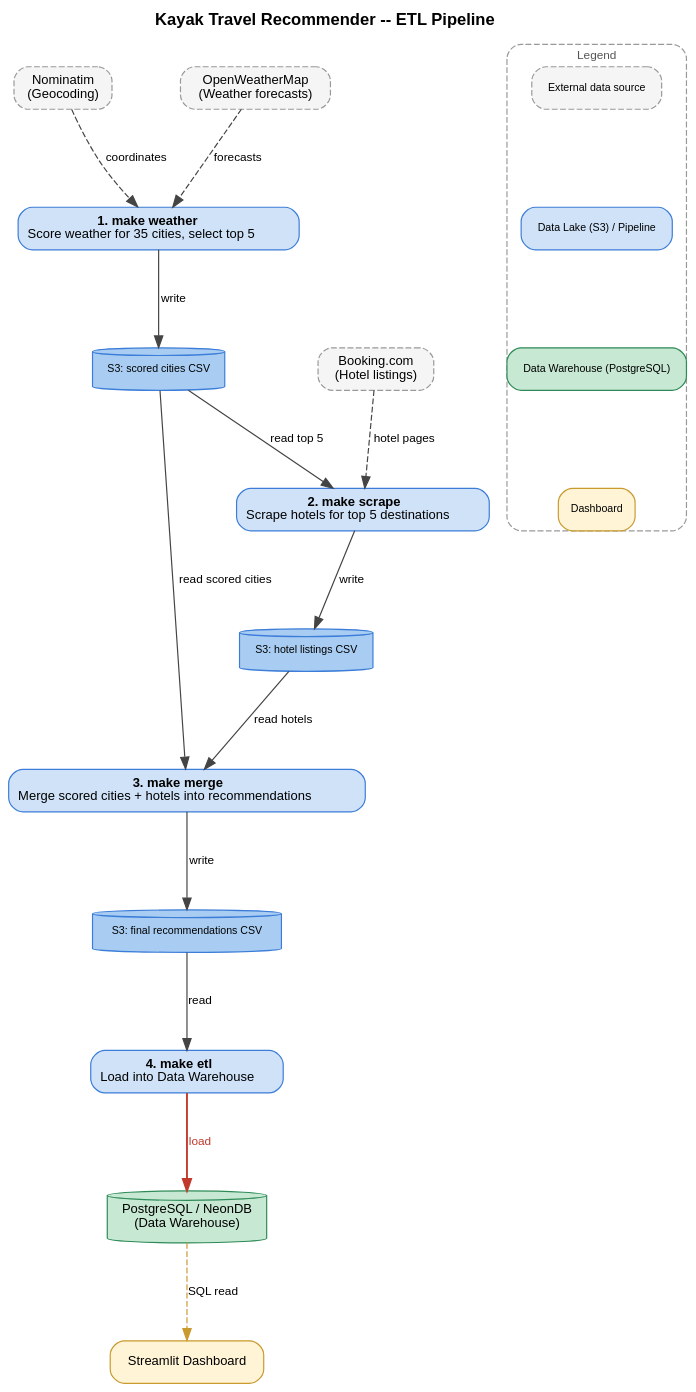
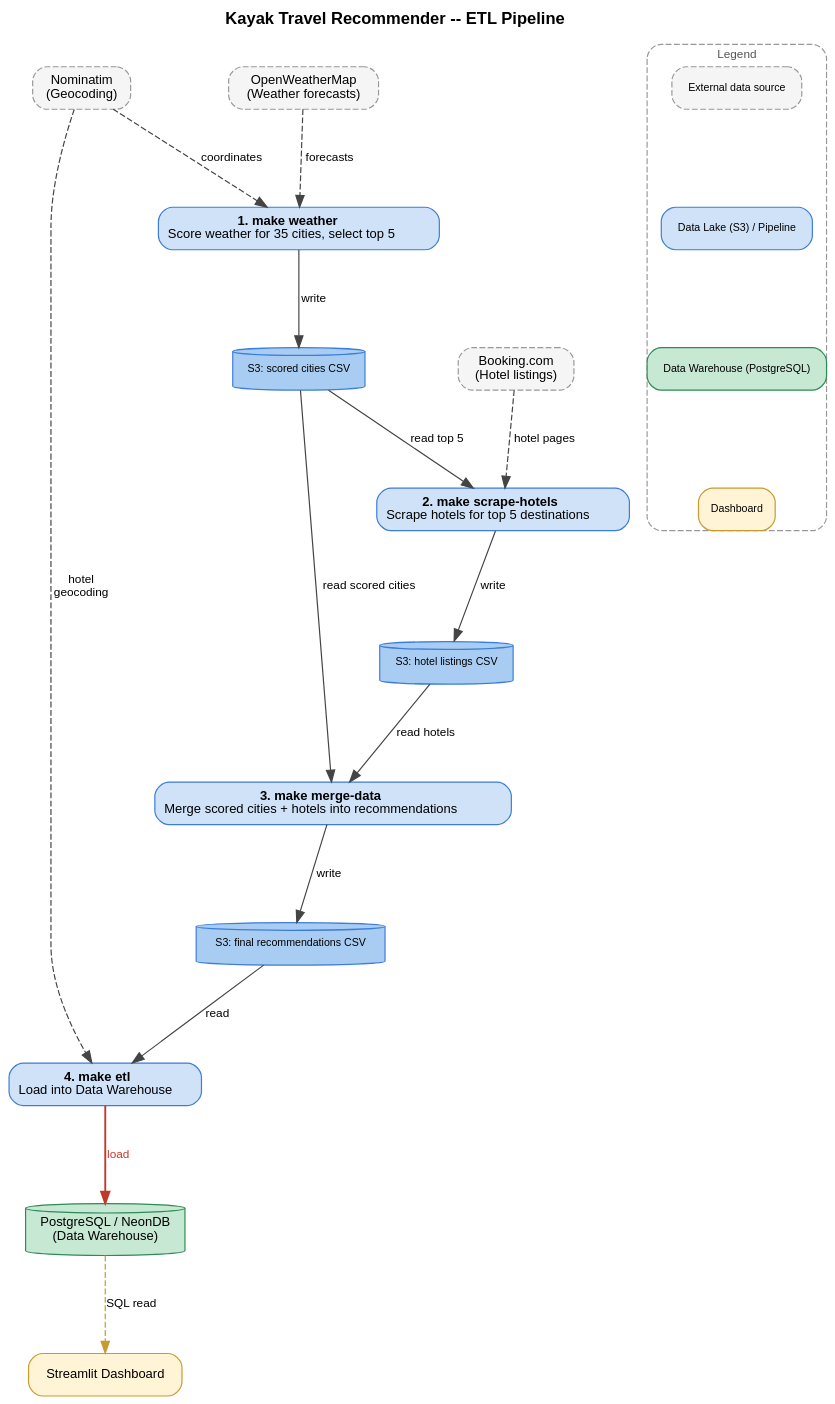
Before and after one commit to tryph0n/edu-kayak: the diagram in src/assets/diagrams/etl_flow.dot, drawn with Graphviz. The commit also changed 4 other files, not shown here.

```diff
--- a/src/assets/diagrams/etl_flow.dot
+++ b/src/assets/diagrams/etl_flow.dot
@@ -1,120 +1,122 @@
 digraph KayakEtlFlow {
     rankdir=TB;
     bgcolor=transparent;
     fontname="Helvetica";
     fontsize=14;
     labelloc="t";
     label=<<B>Kayak Travel Recommender -- ETL Pipeline</B>>;
     nodesep=0.8;
     ranksep=1.0;
     margin="0.5";
 
     node [shape=box, style="rounded,filled", fontname="Helvetica", fontsize=11];
     edge [fontname="Helvetica", fontsize=10, color="#444444"];
 
     nominatim [
         label="Nominatim\n(Geocoding)",
         shape=box, style="rounded,filled,dashed",
         fillcolor="#F5F5F5", color="#999999"
     ];
     openweather [
         label="OpenWeatherMap\n(Weather forecasts)",
         shape=box, style="rounded,filled,dashed",
         fillcolor="#F5F5F5", color="#999999"
     ];
 
     step1 [
         label=<<B>1. make weather</B><BR/>Score weather for 35 cities, select top 5>,
         fillcolor="#CFE2F8", color="#3B7DD8"
     ];
 
     s3_scored [
         label="S3: scored cities CSV",
         shape=cylinder, fillcolor="#A9CDF2", color="#3B7DD8",
         fontsize=9, height=0.5
     ];
 
     booking [
         label="Booking.com\n(Hotel listings)",
         shape=box, style="rounded,filled,dashed",
         fillcolor="#F5F5F5", color="#999999"
     ];
 
     step2 [
-        label=<<B>2. make scrape</B><BR/>Scrape hotels for top 5 destinations>,
+        label=<<B>2. make scrape-hotels</B><BR/>Scrape hotels for top 5 destinations>,
         fillcolor="#CFE2F8", color="#3B7DD8"
     ];
 
     s3_hotels [
         label="S3: hotel listings CSV",
         shape=cylinder, fillcolor="#A9CDF2", color="#3B7DD8",
         fontsize=9, height=0.5
     ];
 
     step3 [
-        label=<<B>3. make merge</B><BR/>Merge scored cities + hotels into recommendations>,
+        label=<<B>3. make merge-data</B><BR/>Merge scored cities + hotels into recommendations>,
         fillcolor="#CFE2F8", color="#3B7DD8"
     ];
 
     s3_final [
         label="S3: final recommendations CSV",
         shape=cylinder, fillcolor="#A9CDF2", color="#3B7DD8",
         fontsize=9, height=0.5
     ];
 
     step4 [
         label=<<B>4. make etl</B><BR/>Load into Data Warehouse>,
         fillcolor="#CFE2F8", color="#3B7DD8"
     ];
 
     postgres [
         label="PostgreSQL / NeonDB\n(Data Warehouse)",
         shape=cylinder, fillcolor="#C7E8D2", color="#2E8B57"
     ];
 
     dashboard [
         label="Streamlit Dashboard",
         fillcolor="#FFF4D6", color="#C99A2E"
     ];
 
     { rank=same; nominatim; openweather; }
 
     nominatim -> step1 [label="coordinates", style=dashed];
     openweather -> step1 [label="forecasts", style=dashed];
 
     step1 -> s3_scored [label="write"];
 
     s3_scored -> step2 [label="read top 5"];
     booking -> step2 [label="hotel pages", style=dashed];
 
     step2 -> s3_hotels [label="write"];
 
     s3_scored -> step3 [label="read scored cities"];
     s3_hotels -> step3 [label="read hotels"];
 
     step3 -> s3_final [label="write"];
 
     s3_final -> step4 [label="read"];
 
+    nominatim -> step4 [label="hotel\ngeocoding", style=dashed];
+
     step4 -> postgres [label="load", color="#C0392B", fontcolor="#C0392B", penwidth=1.6];
 
     postgres -> dashboard [label="SQL read", style=dashed, color="#C99A2E"];
 
     subgraph cluster_legend {
         label="Legend";
         style="rounded,dashed";
         color="#999999";
         fontcolor="#555555";
         fontname="Helvetica";
         fontsize=10;
 
         legend_ext [label="External data source", shape=box, style="rounded,filled,dashed", fillcolor="#F5F5F5", color="#999999", fontsize=9];
         legend_dl [label="Data Lake (S3) / Pipeline", fillcolor="#CFE2F8", color="#3B7DD8", fontsize=9];
         legend_dw [label="Data Warehouse (PostgreSQL)", fillcolor="#C7E8D2", color="#2E8B57", fontsize=9];
         legend_dash [label="Dashboard", fillcolor="#FFF4D6", color="#C99A2E", fontsize=9];
 
         legend_ext -> legend_dl [style=invis];
         legend_dl -> legend_dw [style=invis];
         legend_dw -> legend_dash [style=invis];
     }
 }
```
